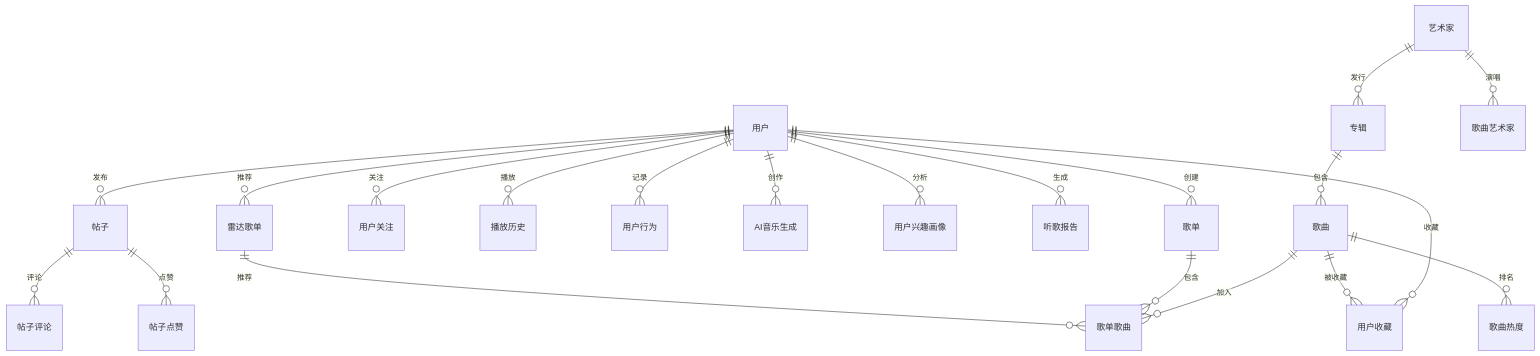
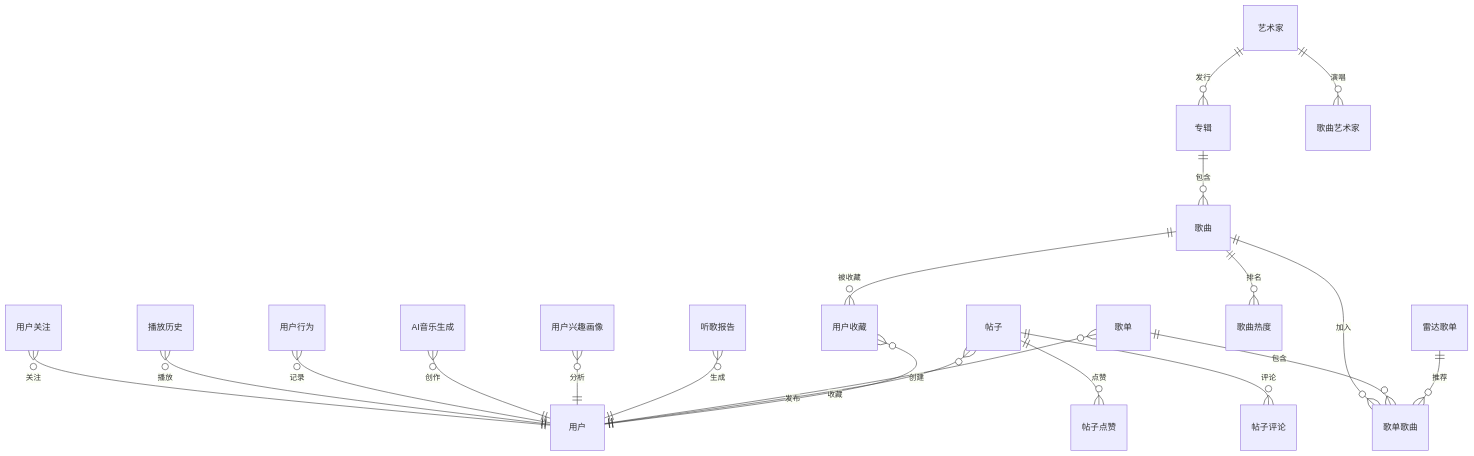
One commit to kewangzhen/fly-music changed the diagram in doc/ER图-中文版.md. Above: the diagram before and after it, drawn with Mermaid.

Commit message:
docs: 调整ER图布局，关系指向用户

````diff
--- a/doc/ER图-中文版.md
+++ b/doc/ER图-中文版.md
@@ -7,57 +7,58 @@
 ```mermaid
 erDiagram
+    %% 用户相关（用户在下，关系在上）
+    用户关注 }o--|| 用户 : 关注
+    播放历史 }o--|| 用户 : 播放
+    用户行为 }o--|| 用户 : 记录
+    AI音乐生成 }o--|| 用户 : 创作
+    用户兴趣画像 }o--|| 用户 : 分析
+    听歌报告 }o--|| 用户 : 生成
+
     %% 用户核心关系
-    用户 ||--o{ 歌单 : 创建
-    用户 ||--o{ 帖子 : 发布
-    用户 ||--o{ 用户收藏 : 收藏
-    用户 ||--o{ 用户关注 : 关注
-    用户 ||--o{ 播放历史 : 播放
-    用户 ||--o{ 用户行为 : 记录
-    用户 ||--o{ AI音乐生成 : 创作
-    用户 ||--o{ 用户兴趣画像 : 分析
-    用户 ||--o{ 听歌报告 : 生成
-    用户 ||--o{ 雷达歌单 : 推荐
+    歌单 }o--|| 用户 : 创建
+    帖子 }o--|| 用户 : 发布
+    用户收藏 }o--|| 用户 : 收藏
 
     %% 艺术家关系
     艺术家 ||--o{ 专辑 : 发行
     艺术家 ||--o{ 歌曲艺术家 : 演唱
 
     %% 专辑歌曲关系
     专辑 ||--o{ 歌曲 : 包含
 
     %% 歌曲关系
     歌曲 ||--o{ 歌单歌曲 : 加入
     歌曲 ||--o{ 用户收藏 : 被收藏
     歌曲 ||--o{ 歌曲热度 : 排名
 
     %% 歌单关系
     歌单 ||--o{ 歌单歌曲 : 包含
 
     %% 社交关系
     帖子 ||--o{ 帖子评论 : 评论
     帖子 ||--o{ 帖子点赞 : 点赞
 
     %% 雷达关系
     雷达歌单 ||--o{ 歌单歌曲 : 推荐
 
     %% 表定义
     用户 { }
-    歌单 { }
-    帖子 { }
-    用户收藏 { }
     用户关注 { }
     播放历史 { }
     用户行为 { }
     AI音乐生成 { }
     用户兴趣画像 { }
     听歌报告 { }
-    雷达歌单 { }
+    歌单 { }
+    帖子 { }
+    用户收藏 { }
     艺术家 { }
     专辑 { }
     歌曲 { }
     歌曲艺术家 { }
     歌单歌曲 { }
     歌曲热度 { }
     帖子评论 { }
     帖子点赞 { }
+    雷达歌单 { }
 ```
````
